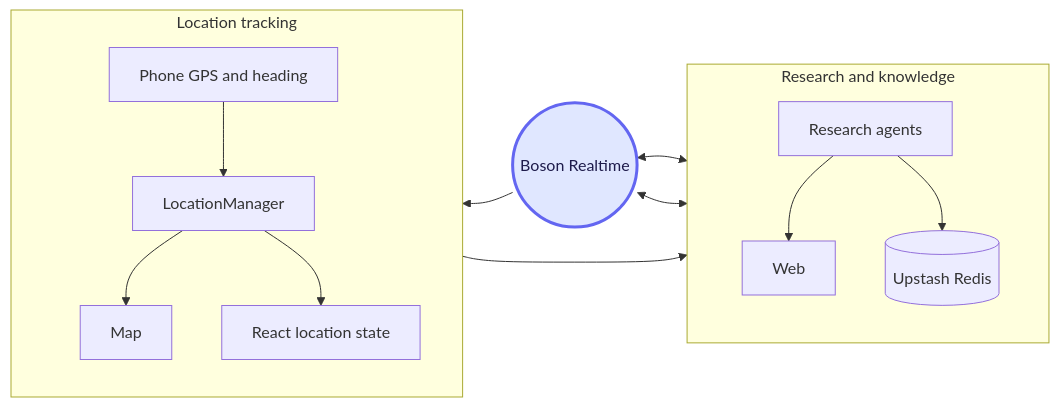
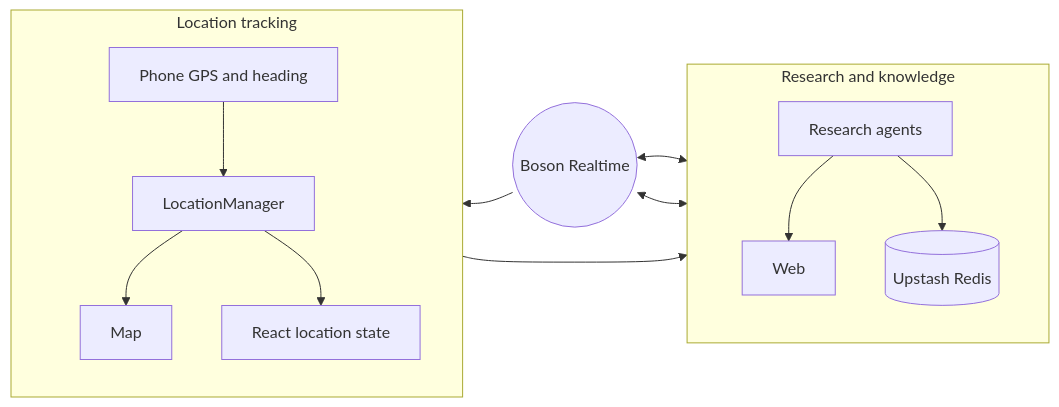
The diagram in README.md (PriyanshuDhingra/RoamAlong), drawn with Mermaid before and after one commit. The commit also changed other lines of this file, not shown here.

Commit message:
mention upstash redis in architecture

````diff
--- a/README.md
+++ b/README.md
@@ -112,26 +112,24 @@
 ```mermaid
 flowchart LR
   subgraph location["Location tracking"]
     direction TB
     phone["Phone GPS and heading"] --> lm["LocationManager"]
     lm --> map["Map"]
     lm --> react["React location state"]
   end
 
   boson(("Boson Realtime"))
 
   subgraph knowledge["Research and knowledge"]
     direction TB
     agents["Research agents"] --> web["Web"]
     agents --> redis[("Upstash Redis")]
   end
 
   react --> agents
   boson <--> redis
   boson <--> web
   boson --> map
 
   react ~~~ boson
-
-  style boson fill:#e0e7ff,stroke:#6366f1,stroke-width:3px,color:#1e1b4b
 ```
````
